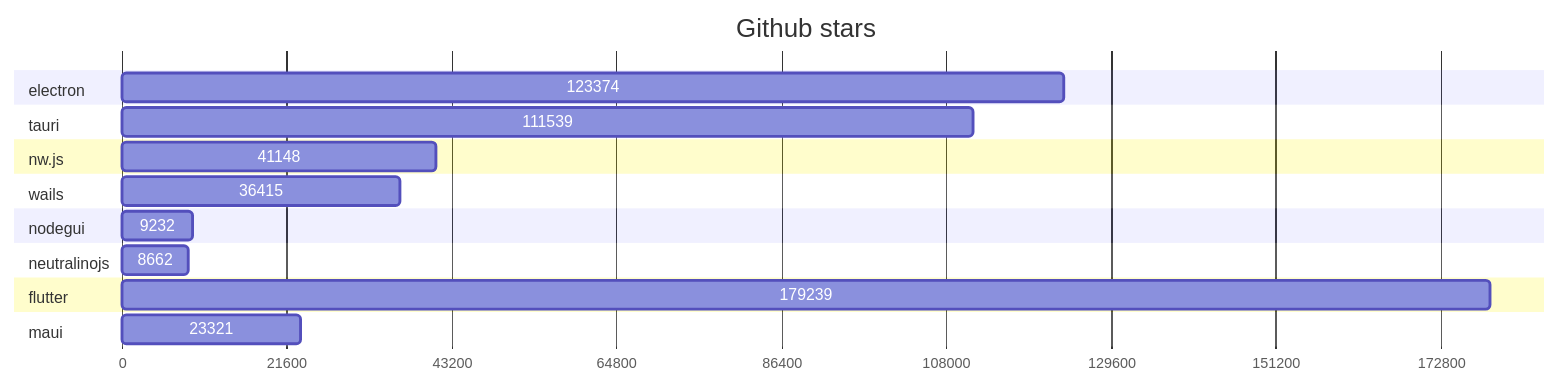
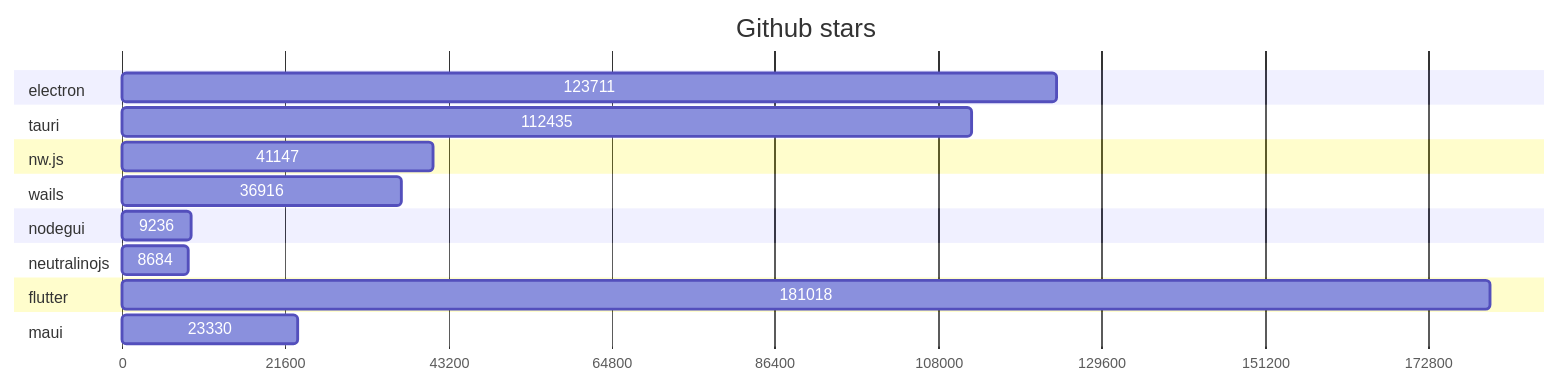
The first of 2 diagrams in GRAPHS.md (Elanis/web-to-desktop-framework-comparison), drawn with Mermaid before and after one commit. The commit also changed other lines of this file and 2 other files, not shown here.

Commit message:
Update stars & Fork

````diff
--- a/GRAPHS.md
+++ b/GRAPHS.md
@@ -5,40 +5,40 @@
 ```mermaid
 gantt
     title Github stars
     dateFormat  X
     axisFormat %s
 
 
 	section electron
-	123374 : 0, 123374
+	123711 : 0, 123711
 
 	
 	section tauri
-	111539 : 0, 111539
+	112435 : 0, 112435
 
 	
 	section nw.js
-	41148 : 0, 41148
+	41147 : 0, 41147
 
 	
 	section wails
-	36415 : 0, 36415
+	36916 : 0, 36916
 
 	
 	section nodegui
-	9232 : 0, 9232
+	9236 : 0, 9236
 
 	
 	section neutralinojs
-	8662 : 0, 8662
+	8684 : 0, 8684
 
 	
 	section flutter
-	179239 : 0, 179239
+	181018 : 0, 181018
 
 	
 	section maui
-	23321 : 0, 23321
+	23330 : 0, 23330
 
 	
 ```
````
